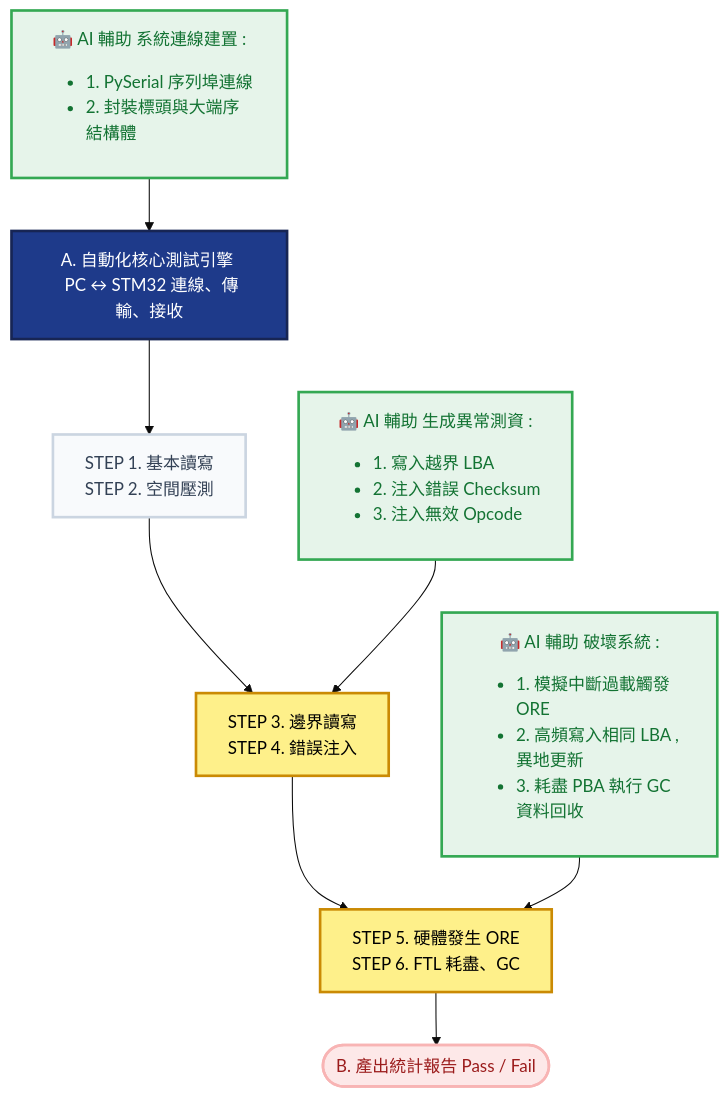
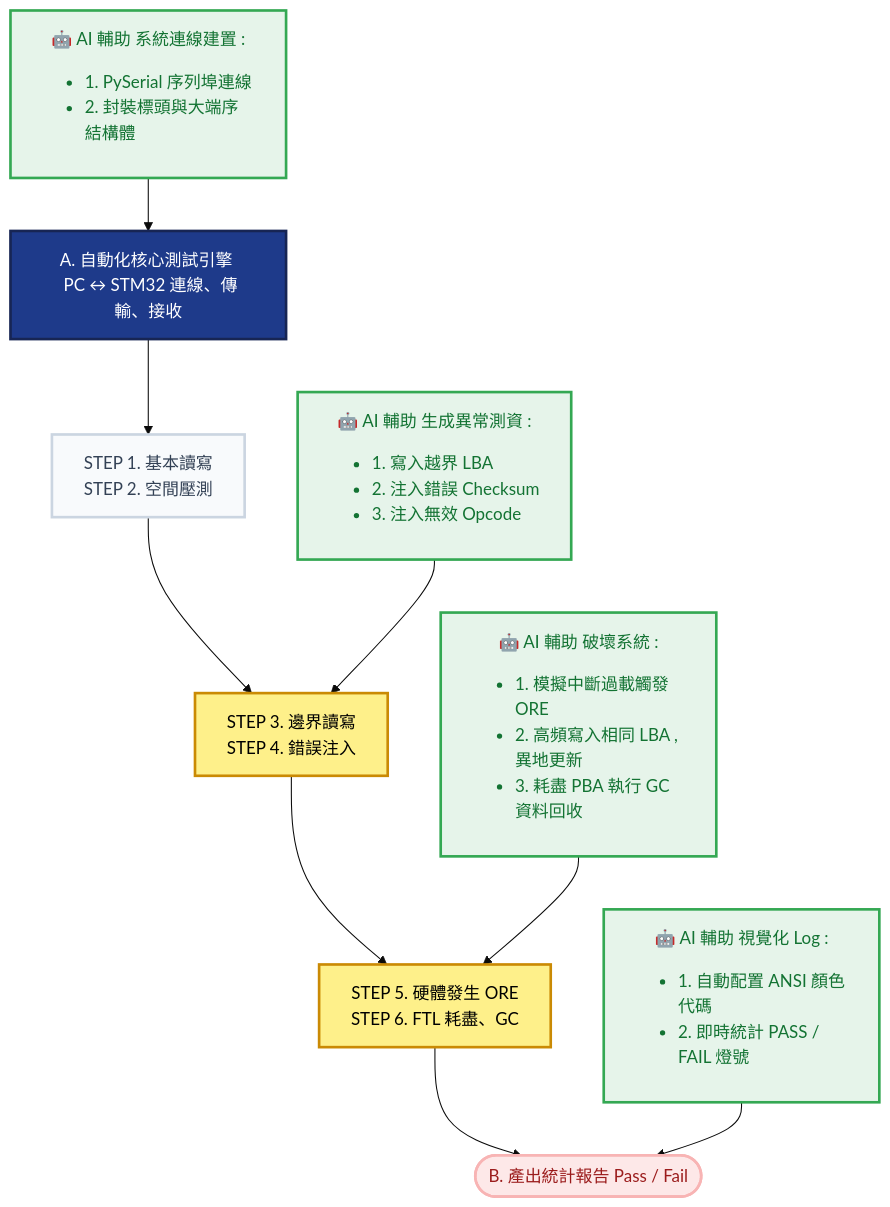
Before and after one commit to PlusRon/Firmware-STM32-SSD-Emulator: the first of 4 diagrams in README_FILE/Mermaid_Diagram/UintTesting.md, drawn with Mermaid (base theme).

````diff
--- a/README_FILE/Mermaid_Diagram/UintTesting.md
+++ b/README_FILE/Mermaid_Diagram/UintTesting.md
@@ -1,46 +1,49 @@
 ```mermaid
 graph TD
     %% ==========================================
     %% 【左/上方】底層驅動與協議實作（AI 強力輔助）
     %% ==========================================
     AI_Comm["🤖 AI 輔助 系統連線建置 :<ul style='text-align:left'><li>1. PySerial 序列埠連線</li><li>2. 封裝標頭與大端序結構體</li></ul>"]:::ai
     
     %% AI_Tx[🤖 AI 自動化: <br> 快速封裝 A5 標頭與大端序結構體]:::ai
     %% AI_Rx[🤖 AI 自動化: <br> 快速實作非阻塞接收與 32B 解析]:::ai
 
     %% 連線指向核心引擎
     AI_Comm --> Core
     %% AI_Tx --> Core
     %% AI_Rx --> Core
 
     %% ==========================================
     %% 【中央主幹】核心架構與大底階梯（工程師主導定義）
     %% ==========================================
     Core[A. 自動化核心測試引擎 <br> PC ↔ STM32 連線、傳輸、接收]:::engineer
     
     Core --> Step1[STEP 1. 基本讀寫<br> STEP 2. 空間壓測]:::process
     Step1 --> Step2[STEP 3. 邊界讀寫<br> STEP 4. 錯誤注入]:::highlight
     Step2 --> Step3[STEP 5. 硬體發生 ORE<br>STEP 6. FTL 耗盡、GC]:::highlight
     
     %% ==========================================
     %% 【右側切入】極端異常與壓力注入（AI 破壞性生成）
     %% ==========================================
     %% AI1[🤖 AI 異常測資: <br> 自動注入算錯的 Checksum]:::ai --> Step2
     AI1["🤖 AI 輔助 生成異常測資 :<ul style='text-align:left'><li>1. 寫入越界 LBA</li><li>2. 注入錯誤 Checksum </li><li>3. 注入無效 Opcode </li></ul>"]:::ai--> Step2
 
     %% AI2[🤖 AI 破壞性時序: <br> 模擬中斷過載與 50次高頻寫入]:::ai --> Step3
     AI2["🤖 AI 輔助 破壞系統 :<ul style='text-align:left'><li>1. 模擬中斷過載觸發 ORE </li><li>2. 高頻寫入相同 LBA , 異地更新</li><li>3. 耗盡 PBA 執行 GC 資料回收 </li></ul>"]:::ai--> Step3
     
     %% 結束
     Step3 --> End([B. 產出統計報告 Pass / Fail ]):::output
 
+    AI["🤖 AI 輔助 視覺化 Log :<ul style='text-align:left'><li>1. 自動配置 ANSI 顏色代碼</li><li>2. 即時統計 PASS / FAIL 燈號</li></ul>"]:::ai--> End
+
     %% ==========================================
     %% PPT 高對比度色彩配置
     %% ==========================================
     classDef engineer fill:#1e3a8a,stroke:#172554,stroke-width:2.5px,color:#fff;
     %% classDef ai fill:#16a34a,stroke:#14532d,stroke-width:2.5px,color:#fff;
     classDef ai fill:#e6f4ea,stroke:#34a853,stroke-width:2.5px,color:#137333;
     classDef process fill:#f8fafc,stroke:#cbd5e1,stroke-width:2.5px,color:#334155;
     classDef highlight fill:#fef08a,stroke:#ca8a04,stroke-width:2.5px,color:#000;
     classDef output fill:#fde8e8,stroke:#f8b4b4,stroke-width:2.5px,color:#9b1c1c;
+
 ```
````
